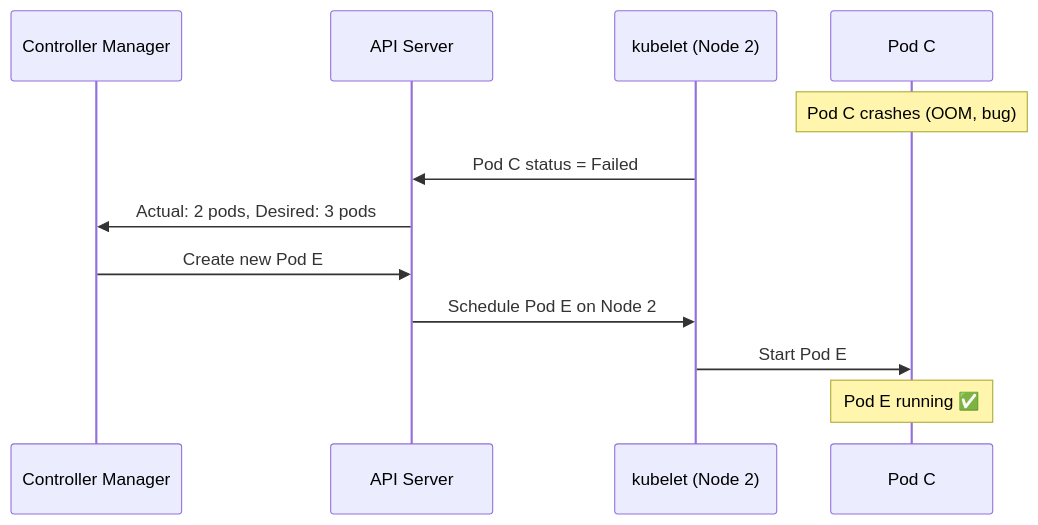
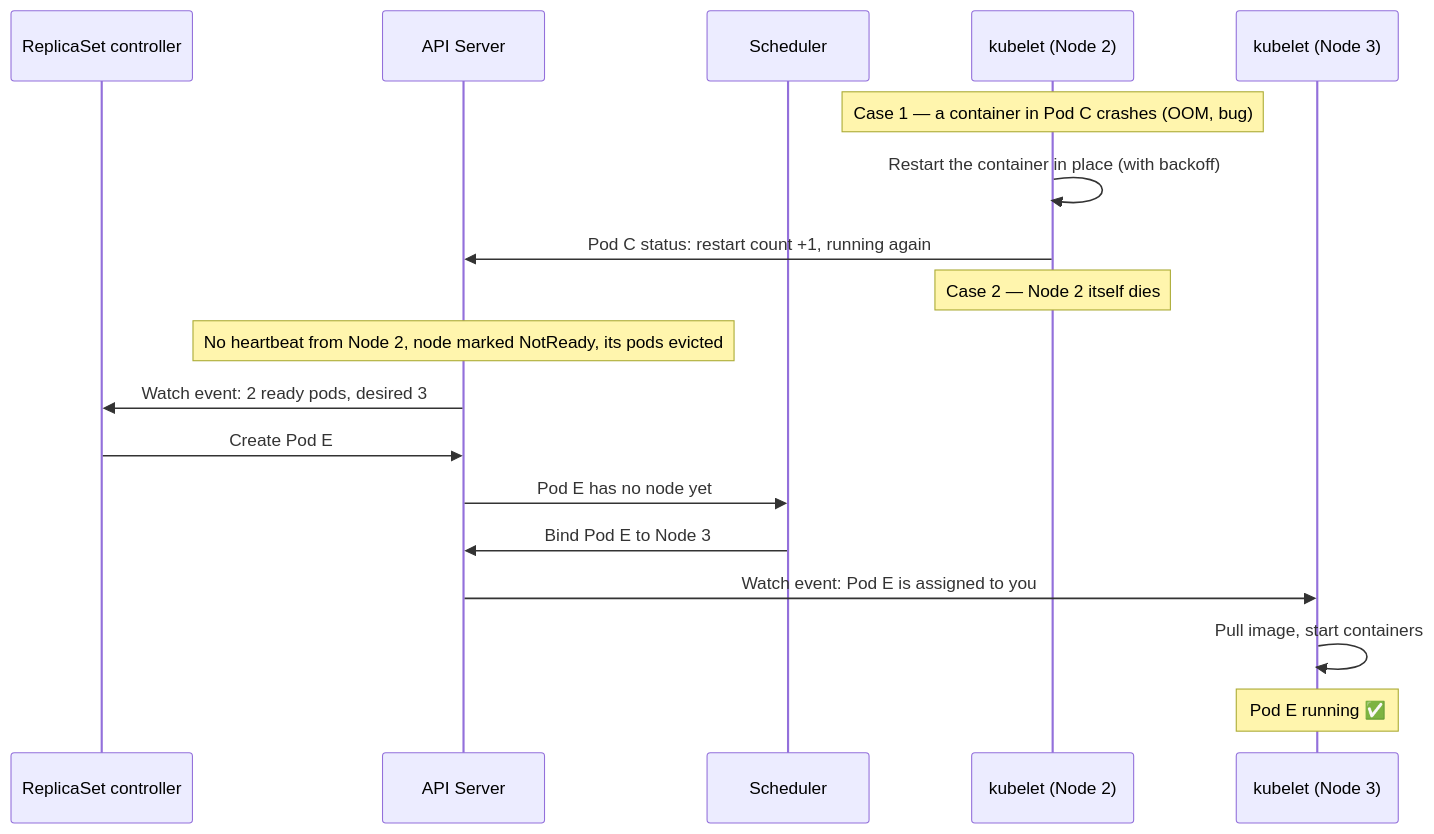
Before and after one commit to Ankan1998/learn-system-design: the third of 3 diagrams in Level-06-Scale-and-Reliability/07-Containers-and-Orchestration/README.md, drawn with Mermaid. The commit also changed other lines of this file and 139 other files, not shown here.

````diff
--- a/Level-06-Scale-and-Reliability/07-Containers-and-Orchestration/README.md
+++ b/Level-06-Scale-and-Reliability/07-Containers-and-Orchestration/README.md
@@ -171,15 +171,22 @@
 ```mermaid
 sequenceDiagram
-    participant K as Controller Manager
+    participant RS as ReplicaSet controller
     participant API as API Server
-    participant N as kubelet (Node 2)
-    participant P as Pod C
+    participant S as Scheduler
+    participant N2 as kubelet (Node 2)
+    participant N3 as kubelet (Node 3)
 
-    Note over P: Pod C crashes (OOM, bug)
-    N->>API: Pod C status = Failed
-    API->>K: Actual: 2 pods, Desired: 3 pods
-    K->>API: Create new Pod E
-    API->>N: Schedule Pod E on Node 2
-    N->>P: Start Pod E
-    Note over P: Pod E running ✅
+    Note over N2: Case 1 — a container in Pod C crashes (OOM, bug)
+    N2->>N2: Restart the container in place (with backoff)
+    N2->>API: Pod C status: restart count +1, running again
+
+    Note over N2: Case 2 — Node 2 itself dies
+    Note over API: No heartbeat from Node 2, node marked NotReady, its pods evicted
+    API->>RS: Watch event: 2 ready pods, desired 3
+    RS->>API: Create Pod E
+    API->>S: Pod E has no node yet
+    S->>API: Bind Pod E to Node 3
+    API->>N3: Watch event: Pod E is assigned to you
+    N3->>N3: Pull image, start containers
+    Note over N3: Pod E running ✅
 ```
````
